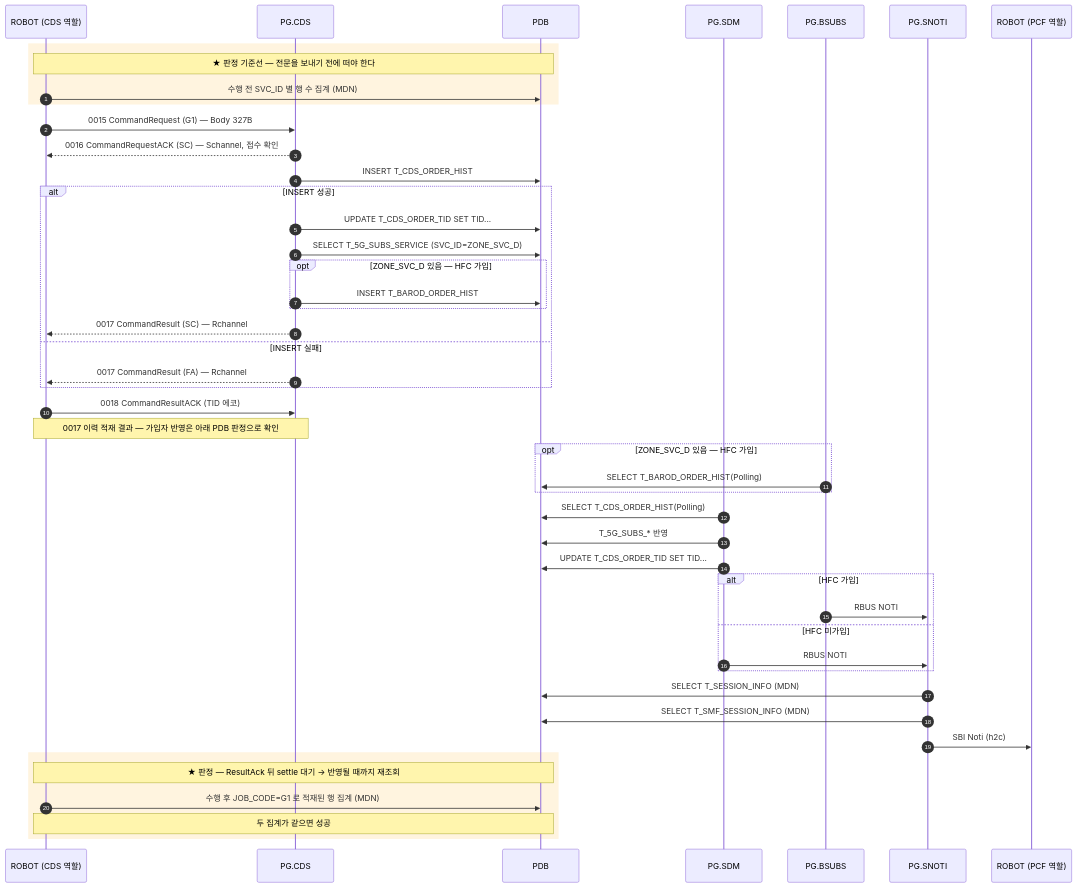
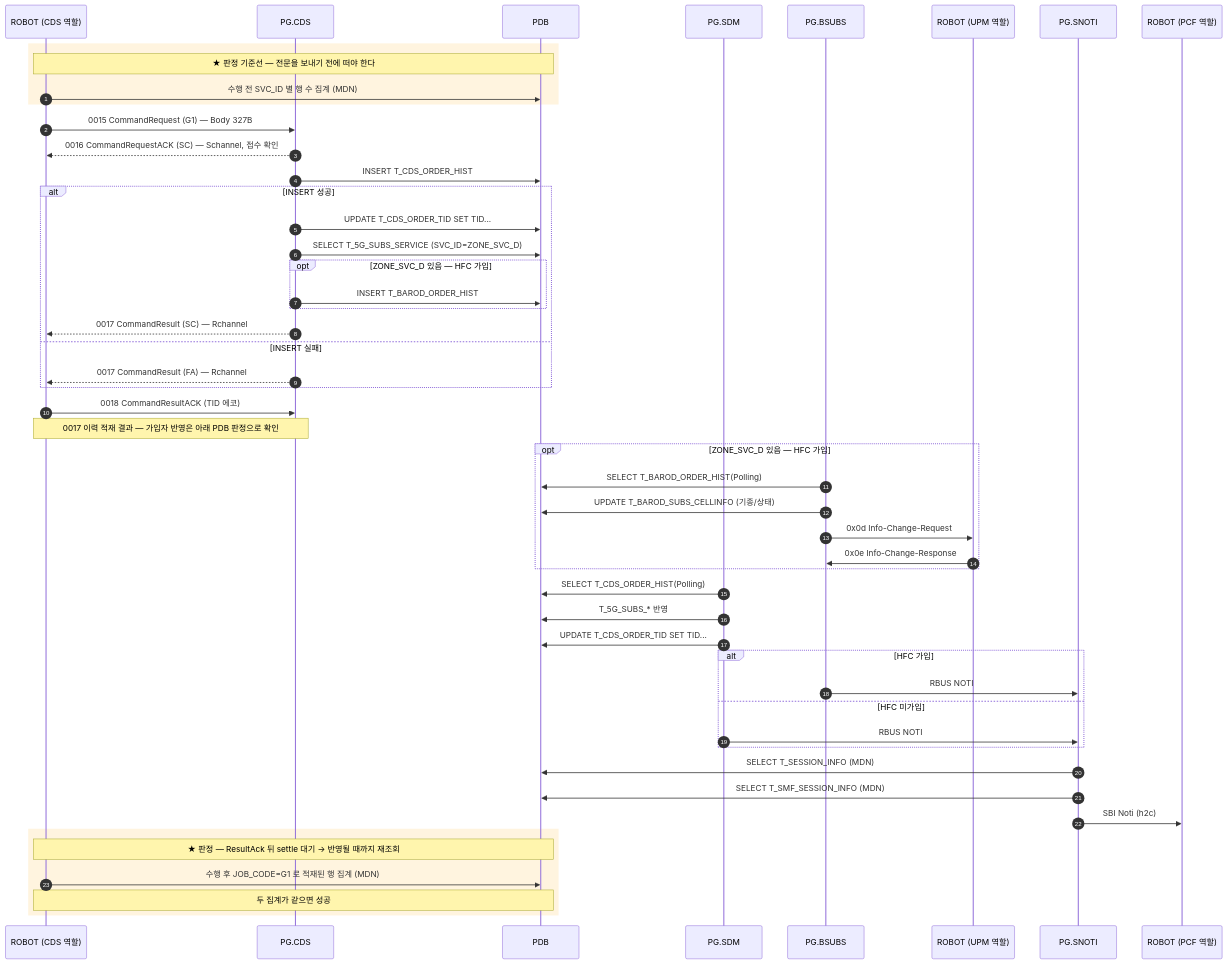
Before and after one commit to IanKim2030/tc4robot: the diagram in docs/callflow/CDS_G1.md, drawn with Mermaid. The commit also changed 3 other files, not shown here.

First line of the commit message:
docs(cds): C1/G1 도 BSUBS 를 거치면 UPM 0x0d/0x0e 를 탄다

````diff
--- a/docs/callflow/CDS_G1.md
+++ b/docs/callflow/CDS_G1.md
@@ -17,51 +17,55 @@
 ```mermaid
 sequenceDiagram
     autonumber
     participant TOOL as ROBOT (CDS 역할)
     participant PCDS as PG.CDS
     participant PDB as PDB
     participant SDM as PG.SDM
     participant BSUBS as PG.BSUBS
+    participant UPM as ROBOT (UPM 역할)
     participant SNOTI as PG.SNOTI
     participant PCF as ROBOT (PCF 역할)
 
     rect rgba(255, 176, 32, 0.14)
     Note over TOOL,PDB: ★ 판정 기준선 — 전문을 보내기 전에 떠야 한다
         TOOL->>PDB: 수행 전 SVC_ID 별 행 수 집계 (MDN)
     end
     TOOL->>PCDS: 0015 CommandRequest (G1) — Body 327B
     PCDS-->>TOOL: 0016 CommandRequestACK (SC) — Schannel, 접수 확인
     PCDS->>PDB: INSERT T_CDS_ORDER_HIST
     alt INSERT 성공
         PCDS->>PDB: UPDATE T_CDS_ORDER_TID SET TID...
         PCDS->>PDB: SELECT T_5G_SUBS_SERVICE (SVC_ID=ZONE_SVC_D)
         opt ZONE_SVC_D 있음 — HFC 가입
             PCDS->>PDB: INSERT T_BAROD_ORDER_HIST
         end
         PCDS-->>TOOL: 0017 CommandResult (SC) — Rchannel
     else INSERT 실패
         PCDS-->>TOOL: 0017 CommandResult (FA) — Rchannel
     end
     TOOL->>PCDS: 0018 CommandResultACK (TID 에코)
     Note over TOOL,PCDS: 0017 이력 적재 결과 — 가입자 반영은 아래 PDB 판정으로 확인
 
     opt ZONE_SVC_D 있음 — HFC 가입
         BSUBS->>PDB: SELECT T_BAROD_ORDER_HIST(Polling)
+        BSUBS->>PDB: UPDATE T_BAROD_SUBS_CELLINFO (기종/상태)
+        BSUBS->>UPM: 0x0d Info-Change-Request
+        UPM->>BSUBS: 0x0e Info-Change-Response
     end
     SDM->>PDB: SELECT T_CDS_ORDER_HIST(Polling)
     SDM->>PDB: T_5G_SUBS_* 반영
     SDM->>PDB: UPDATE T_CDS_ORDER_TID SET TID...
     alt HFC 가입
         BSUBS->>SNOTI: RBUS NOTI
     else HFC 미가입
         SDM->>SNOTI: RBUS NOTI
     end
     SNOTI->>PDB: SELECT T_SESSION_INFO (MDN)
     SNOTI->>PDB: SELECT T_SMF_SESSION_INFO (MDN)
     SNOTI->>PCF: SBI Noti (h2c)
     rect rgba(255, 176, 32, 0.14)
     Note over TOOL,PDB: ★ 판정 — ResultAck 뒤 settle 대기 → 반영될 때까지 재조회
         TOOL->>PDB: 수행 후 JOB_CODE=G1 로 적재된 행 집계 (MDN)
         Note over TOOL,PDB: 두 집계가 같으면 성공
     end
 ```
````
